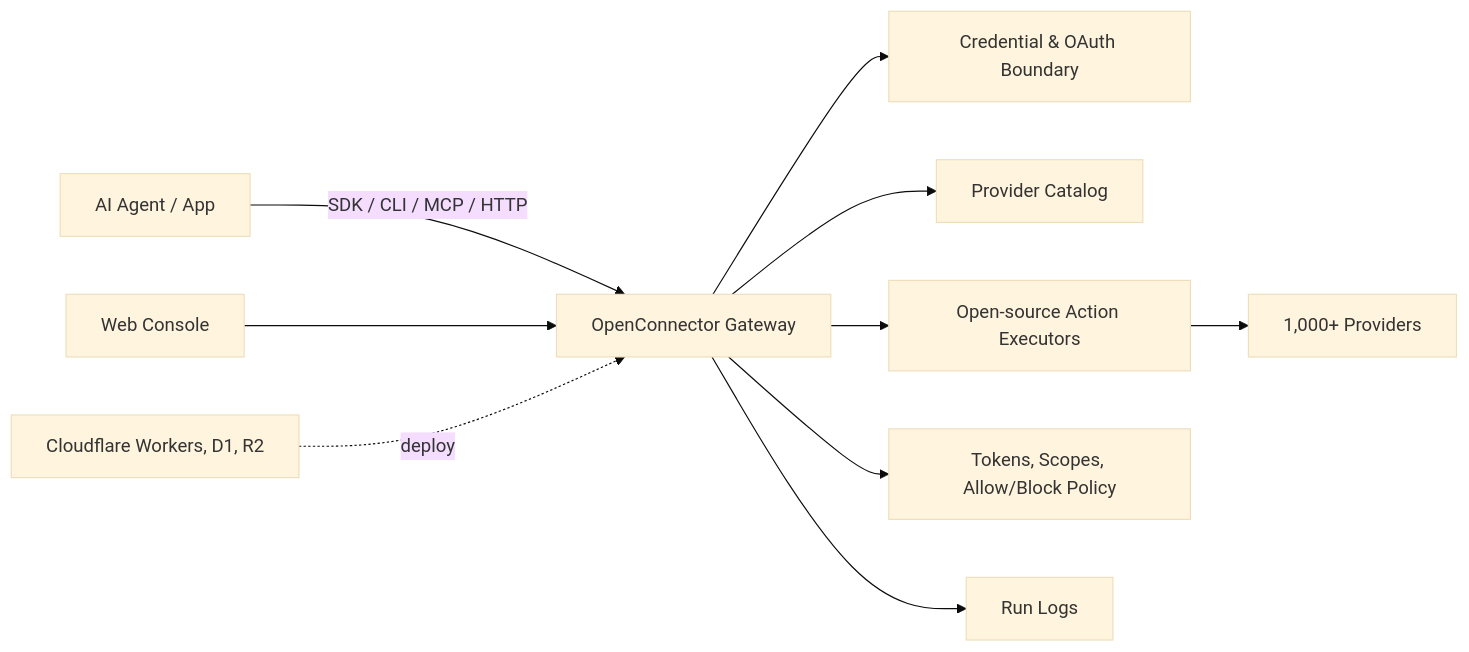
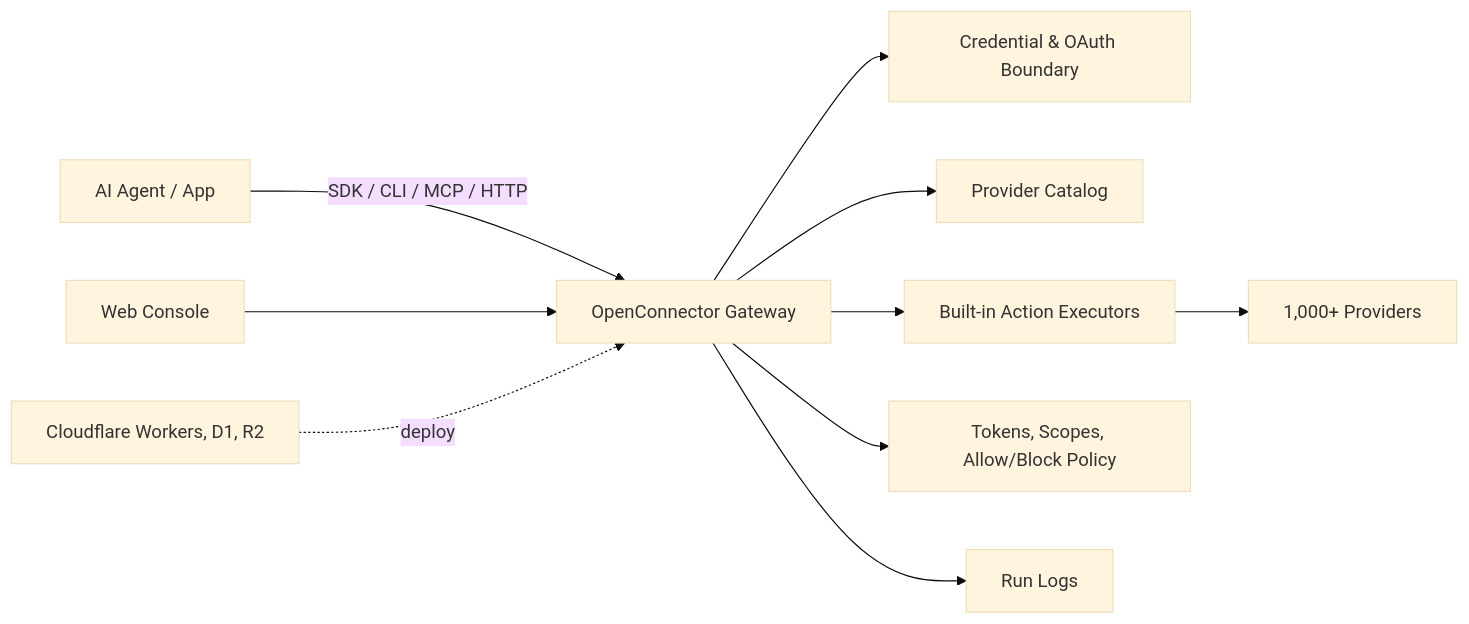
Before and after one commit to oomol-lab/open-connector: the diagram in README.md, drawn with Mermaid (base theme). The commit also changed other lines of this file and 20 other files, not shown here.

````diff
--- a/README.md
+++ b/README.md
@@ -111,12 +111,12 @@
 ```mermaid
 flowchart LR
   Agent["AI Agent / App"] -->|"SDK / CLI / MCP / HTTP"| Gateway["OpenConnector Gateway"]
   Gateway --> Auth["Credential & OAuth Boundary"]
   Gateway --> Catalog["Provider Catalog"]
-  Gateway --> Actions["Open-source Action Executors"]
+  Gateway --> Actions["Built-in Action Executors"]
   Gateway --> Policy["Tokens, Scopes, Allow/Block Policy"]
   Gateway --> Logs["Run Logs"]
   Actions --> Providers["1,000+ Providers"]
   Console["Web Console"] --> Gateway
   Cloudflare["Cloudflare Workers, D1, R2"] -. deploy .-> Gateway
 ```
````
